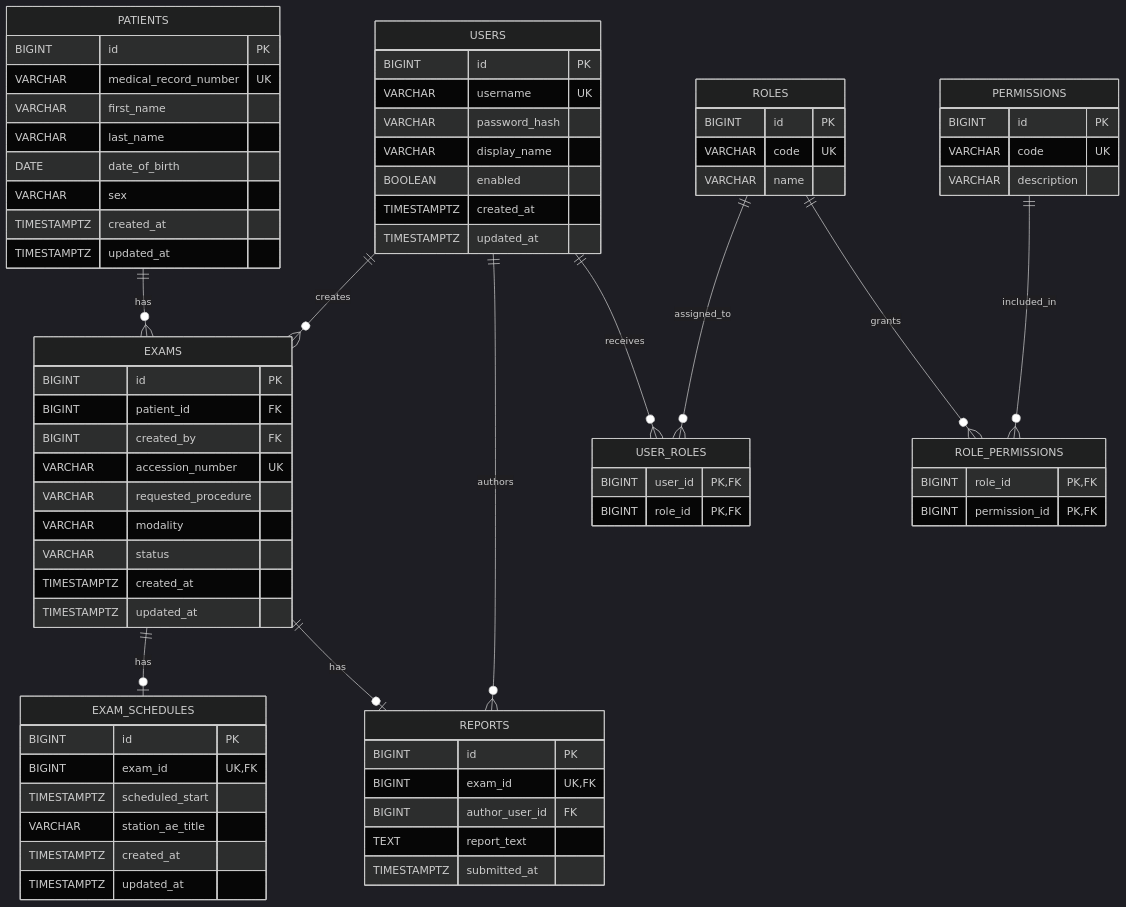
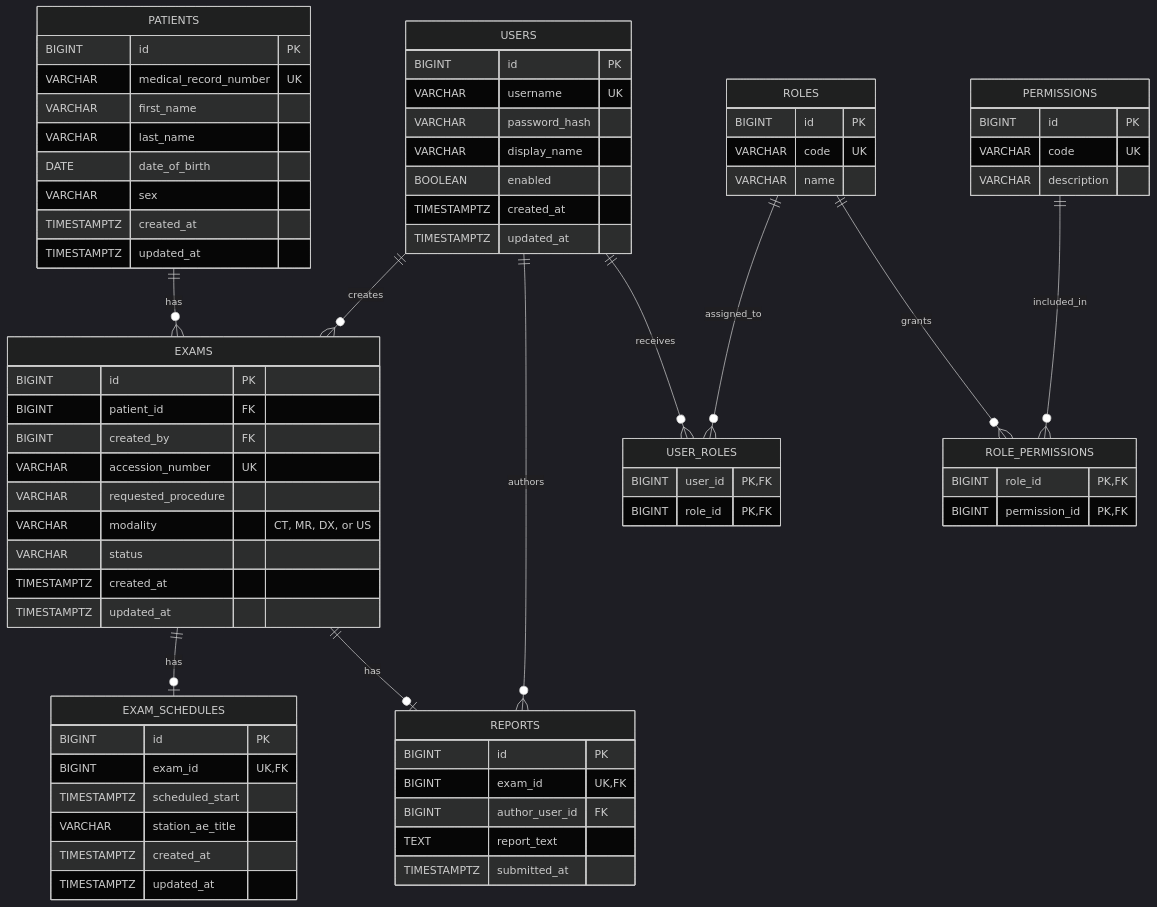
One commit to Maggie0425/RIS changed the diagram in docs/database-erd.md. Above: the diagram before and after it, drawn with Mermaid (dark theme). The commit also changed other lines of this file and 4 other files, not shown here.

```diff
--- a/docs/database-erd.md
+++ b/docs/database-erd.md
@@ -62,7 +62,7 @@
         BIGINT created_by FK
         VARCHAR accession_number UK
         VARCHAR requested_procedure
-        VARCHAR modality
+        VARCHAR modality "CT, MR, DX, or US"
         VARCHAR status
         TIMESTAMPTZ created_at
         TIMESTAMPTZ updated_at
```
